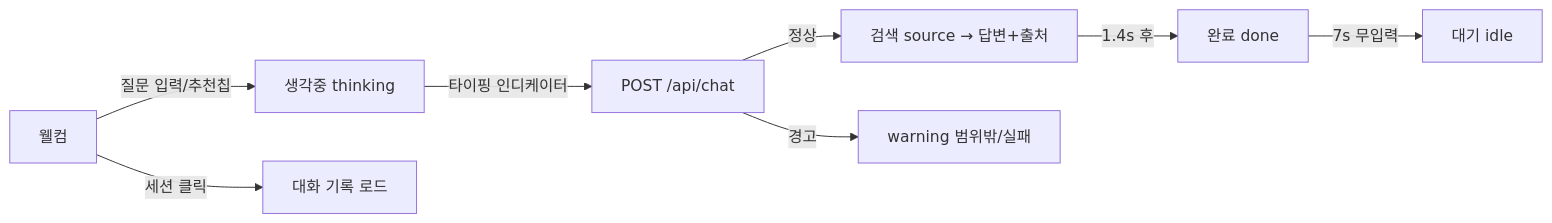
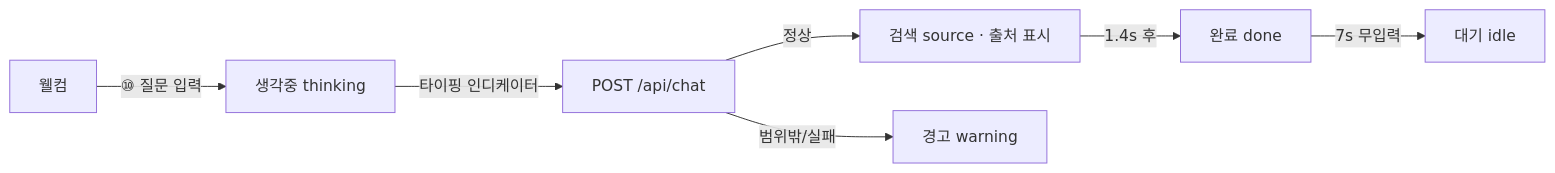
One commit to SKNETWORKS-FAMILY-AICAMP/SKN28-4TH-2TEAM changed the diagram in docs/frontend_wireframes_chat_main.md. Above: the diagram before and after it, drawn with Mermaid. The commit also changed other lines of this file and 11 other files, not shown here.

````diff
--- a/docs/frontend_wireframes_chat_main.md
+++ b/docs/frontend_wireframes_chat_main.md
@@ -79,10 +36,9 @@
 ```mermaid
 flowchart LR
-    W[웰컴] -->|질문 입력/추천칩| T[생각중 thinking]
+    W[웰컴] -->|⑩ 질문 입력| T[생각중 thinking]
     T -->|타이핑 인디케이터| Q[POST /api/chat]
-    Q -->|정상| S[검색 source → 답변+출처]
-    Q -->|경고| WARN[warning 범위밖/실패]
+    Q -->|정상| S[검색 source · 출처 표시]
+    Q -->|범위밖/실패| WARN[경고 warning]
     S -->|1.4s 후| D[완료 done]
     D -->|7s 무입력| I[대기 idle]
-    W -->|세션 클릭| L[대화 기록 로드]
 ```
````
